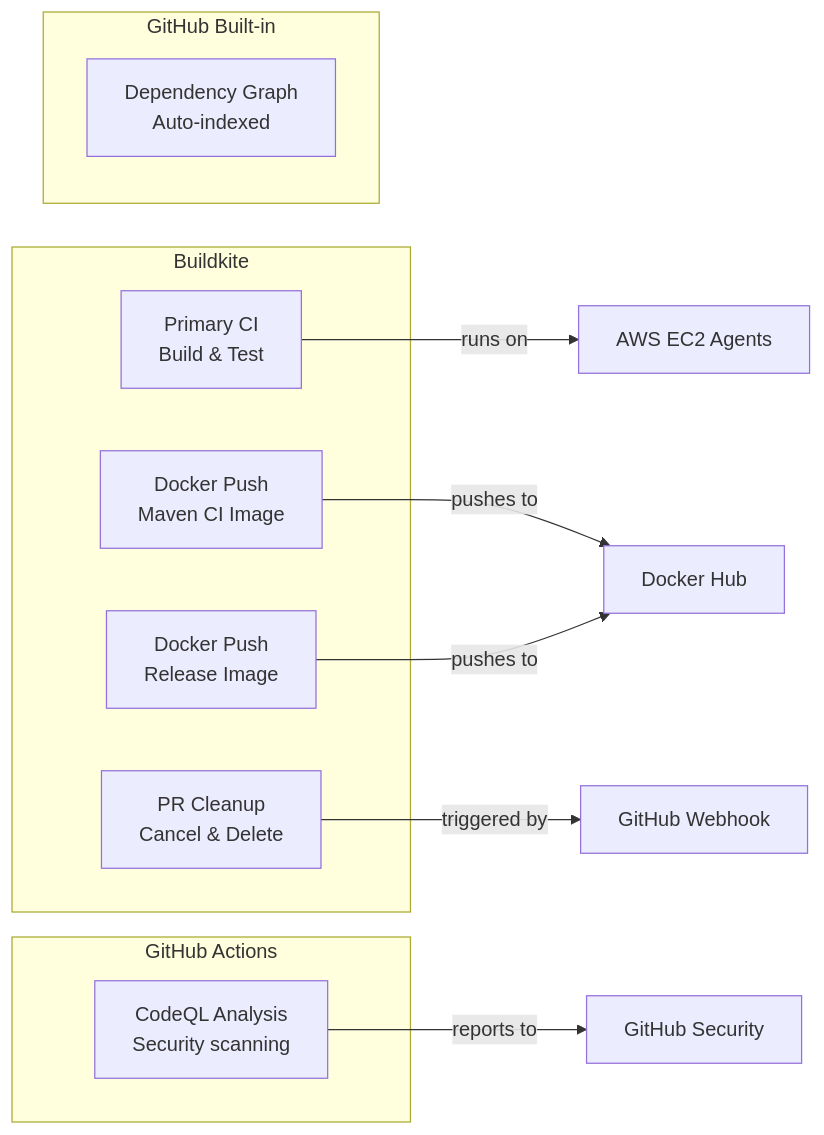
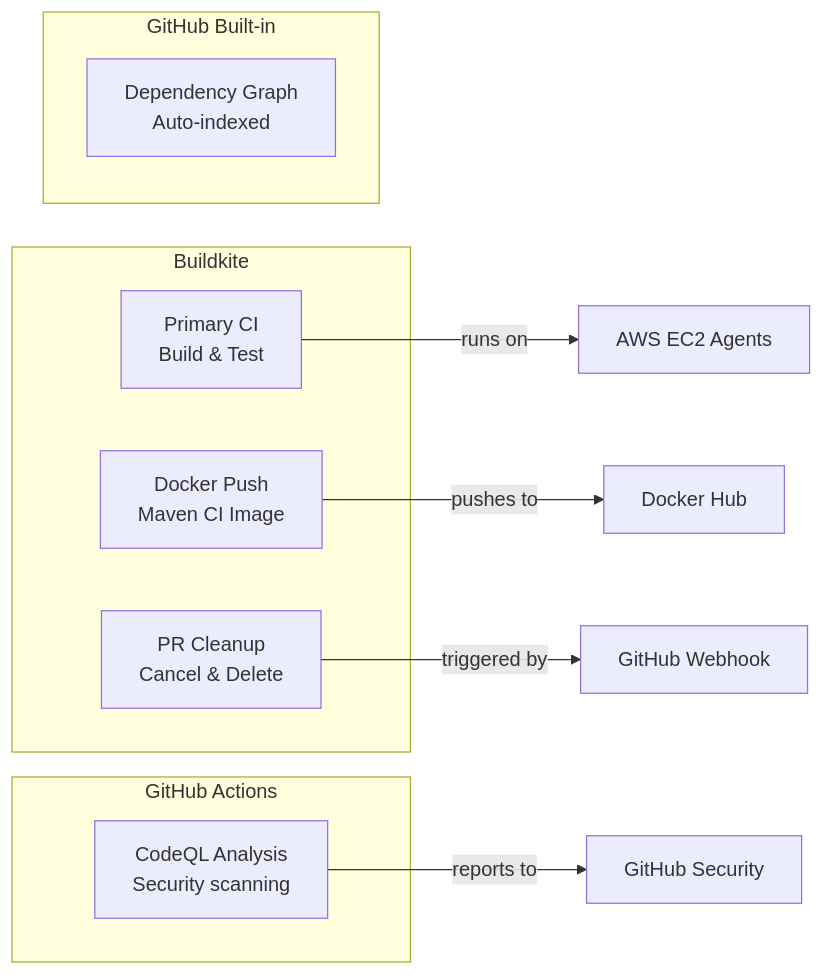
Before and after one commit to sean8601/mockserver-monorepo: the first of 7 diagrams in docs/infrastructure/ci-cd.md, drawn with Mermaid. The commit also changed other lines of this file and 7 other files, not shown here.

First line of the commit message:
chore(ci): remove unused docker-push-release pipeline

````diff
--- a/docs/infrastructure/ci-cd.md
+++ b/docs/infrastructure/ci-cd.md
@@ -7,29 +7,26 @@
 ```mermaid
 graph LR
     subgraph "Buildkite"
         BK["Primary CI
 Build & Test"]
         BK_MAVEN["Docker Push
 Maven CI Image"]
-        BK_RELEASE["Docker Push
-Release Image"]
         BK_CLEANUP["PR Cleanup
 Cancel & Delete"]
     end
 
     subgraph "GitHub Actions"
         GA_CODEQL["CodeQL Analysis
 Security scanning"]
     end
 
     subgraph "GitHub Built-in"
         GH_DEP["Dependency Graph
 Auto-indexed"]
     end
 
     BK -->|runs on| EC2[AWS EC2 Agents]
     BK_MAVEN -->|pushes to| DH[Docker Hub]
-    BK_RELEASE -->|pushes to| DH
     BK_CLEANUP -->|triggered by| GH_WH[GitHub Webhook]
     GA_CODEQL -->|reports to| GH_SEC[GitHub Security]
 ```
````
